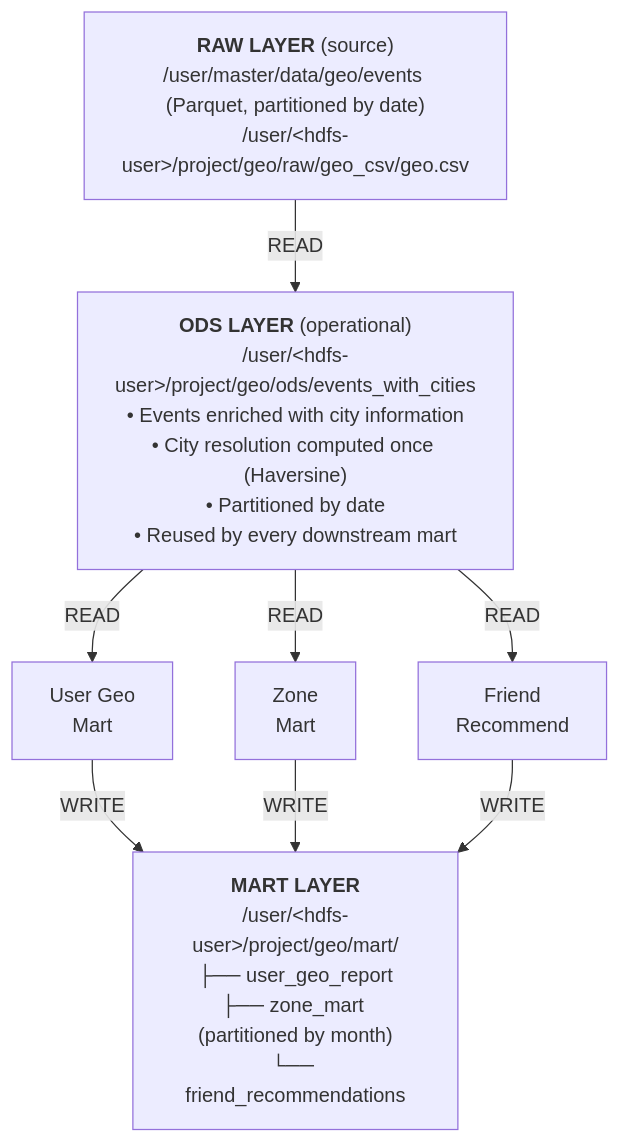
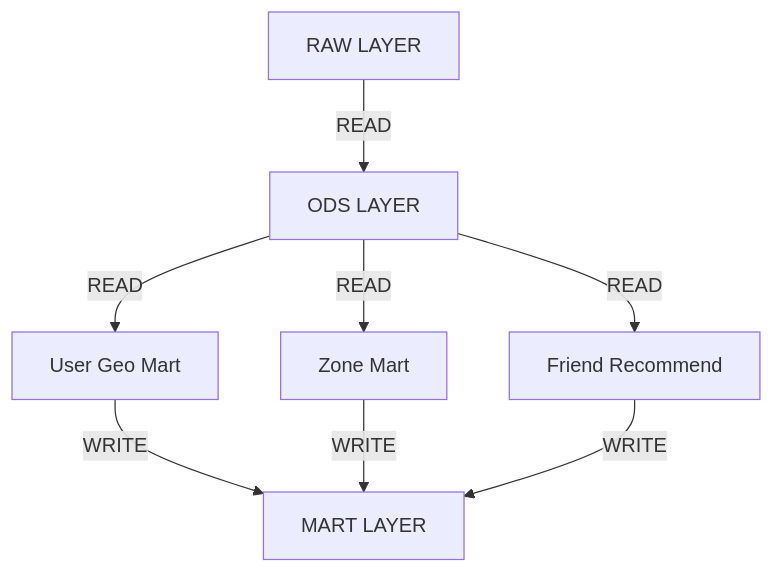
The diagram in sprint-7-geo-recommendations/README.md (aydaraliev/data_engineering_yandex_course), drawn with Mermaid before and after one commit. The commit also changed other lines of this file and 5 other files, not shown here.

First line of the commit message:
Convert all architecture diagrams to Mermaid and rewrite root README

````diff
--- a/sprint-7-geo-recommendations/README.md
+++ b/sprint-7-geo-recommendations/README.md
@@ -35,17 +35,17 @@
 ```mermaid
 flowchart TD
-    RAW["<b>RAW LAYER</b> (source)<br/>/user/master/data/geo/events (Parquet, partitioned by date)<br/>/user/&lt;hdfs-user&gt;/project/geo/raw/geo_csv/geo.csv"]
-    ODS["<b>ODS LAYER</b> (operational)<br/>/user/&lt;hdfs-user&gt;/project/geo/ods/events_with_cities<br/>• Events enriched with city information<br/>• City resolution computed once (Haversine)<br/>• Partitioned by date<br/>• Reused by every downstream mart"]
-    UGR["User Geo<br/>Mart"]
-    ZM["Zone<br/>Mart"]
-    FR["Friend<br/>Recommend"]
-    MART["<b>MART LAYER</b><br/>/user/&lt;hdfs-user&gt;/project/geo/mart/<br/>├── user_geo_report<br/>├── zone_mart (partitioned by month)<br/>└── friend_recommendations"]
+    RAW["RAW LAYER"]
+    ODS["ODS LAYER"]
+    UGR["User Geo Mart"]
+    ZM["Zone Mart"]
+    FR["Friend Recommend"]
+    MART["MART LAYER"]
 
     RAW -- READ --> ODS
     ODS -- READ --> UGR
     ODS -- READ --> ZM
     ODS -- READ --> FR
     UGR -- WRITE --> MART
     ZM -- WRITE --> MART
     FR -- WRITE --> MART
 ```
````
